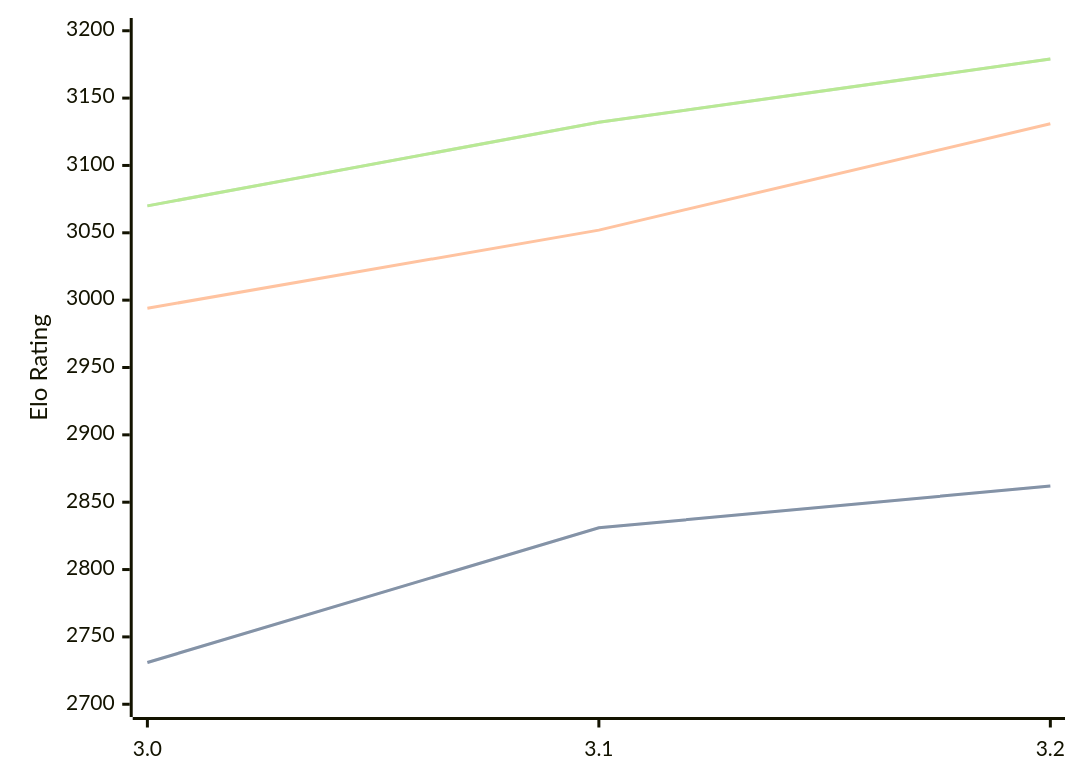
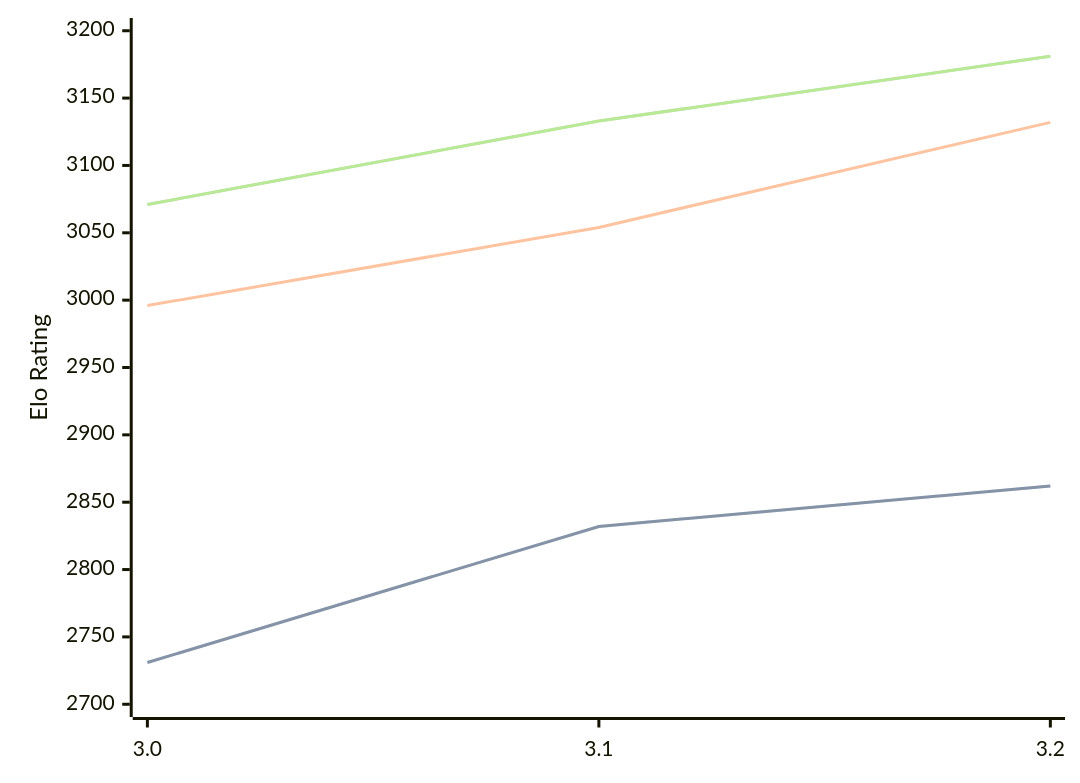
Before and after one commit to computer-chess-index/cci: the diagram in engines/Vajolet2.md, drawn with Mermaid. The commit also changed other lines of this file, not shown here.

Commit message:
Update CCI Ratings (ELO VLTC) - 2026-09-14

````diff
--- a/engines/Vajolet2.md
+++ b/engines/Vajolet2.md
@@ -33,11 +33,11 @@
 ```mermaid
 %%{init: {"theme":"base","themeVariables":{"seriesColors:['#a3a3a3','#222221','#faa371']}}}%%
 xychart-beta
   x-axis ["3.0", "3.1", "3.2"]
   y-axis "Elo Rating" 2700 --> 3200
-  line "" [2731, 2831, 2862]
-  line "STC (8.0+0.08s)" [2731, 2831, 2862]
-  line "LTC (60.0+0.60s)" [2994, 3052, 3131]
-  line "" [3070, 3132, 3179]
-  line "VLTC (2m24s+1.12s)" [3070, 3132, 3179]
+  line "" [2731, 2832, 2862]
+  line "STC (8.0+0.08s)" [2731, 2832, 2862]
+  line "LTC (60.0+0.60s)" [2996, 3054, 3132]
+  line "" [3071, 3133, 3181]
+  line "VLTC (2m24s+1.12s)" [3071, 3133, 3181]
 ```
````
